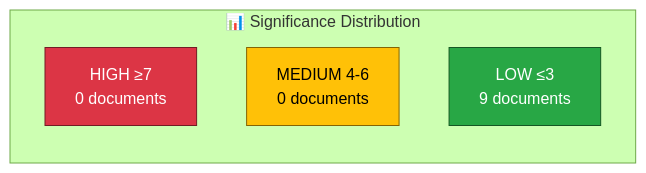
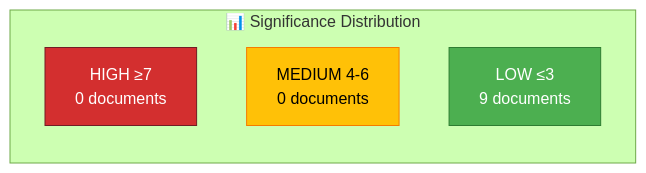
Before and after one commit to Hack23/riksdagsmonitor: the diagram in analysis/daily/2026-04-07/realtime-1411/significance-scoring.md, drawn with Mermaid (forest theme). The commit also changed 785 other files, not shown here.

First line of the commit message:
Normalize mermaid colors across 786 analysis artifacts to ISMS Style Guide palette

````diff
--- a/analysis/daily/2026-04-07/realtime-1411/significance-scoring.md
+++ b/analysis/daily/2026-04-07/realtime-1411/significance-scoring.md
@@ -17,11 +17,11 @@
 ```mermaid
 graph LR
     subgraph "📊 Significance Distribution"
         HIGH["HIGH ≥7<br>0 documents"]
         MED["MEDIUM 4-6<br>0 documents"]
         LOW["LOW ≤3<br>9 documents"]
     end
-    style HIGH fill:#dc3545,stroke:#721c24,color:#fff
-    style MED fill:#ffc107,stroke:#856404,color:#000
-    style LOW fill:#28a745,stroke:#155724,color:#fff
+    style HIGH fill:#D32F2F,stroke:#721c24,color:#FFFFFF
+    style MED fill:#FFC107,stroke:#F57C00,color:#000000
+    style LOW fill:#4CAF50,stroke:#2E7D32,color:#FFFFFF
 ```
````
